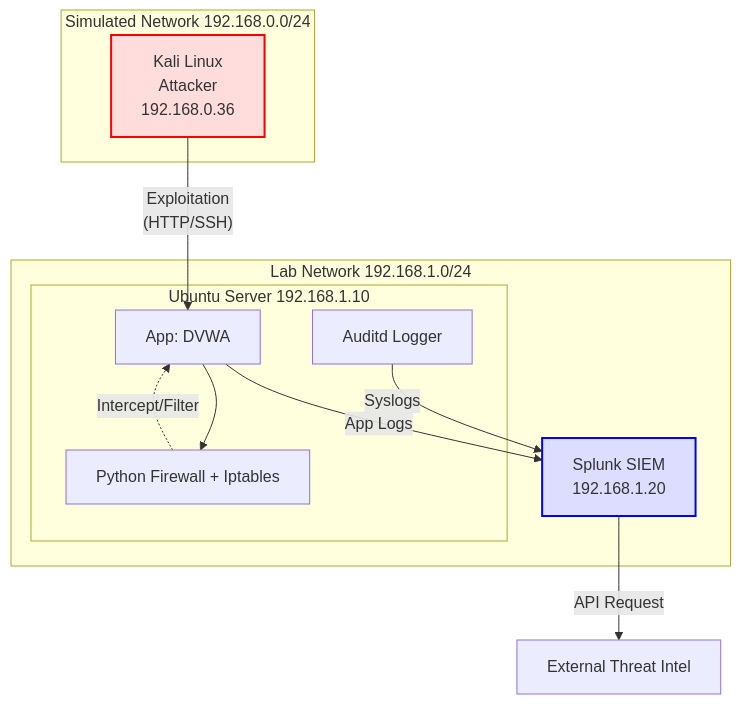
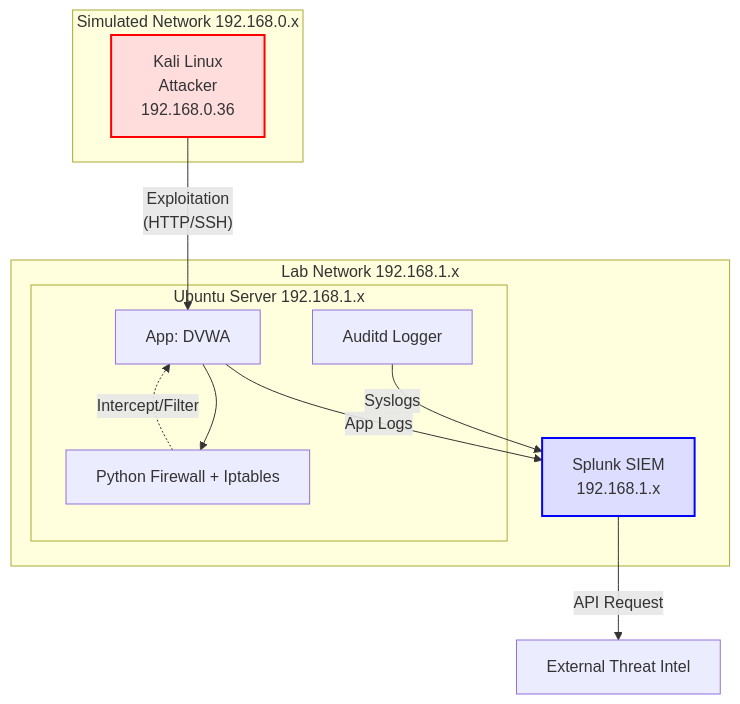
The diagram in homelab-soc/Architecture.md (TomiGuasta/SocLab-Portfolio), drawn with Mermaid before and after one commit. The commit also changed other lines of this file, not shown here.

````diff
--- a/homelab-soc/Architecture.md
+++ b/homelab-soc/Architecture.md
@@ -7,32 +7,32 @@
 ```mermaid
 graph TB
     %% Definición de Estilos
     classDef attacker fill:#fdd,stroke:#f00,stroke-width:2px;
     classDef victim fill:#dfd,stroke:#0f0,stroke-width:2px;
     classDef siem fill:#ddf,stroke:#00f,stroke-width:2px;
 
-    subgraph Internet_Zone [Simulated Network 192.168.0.0/24]
+    subgraph Internet_Zone [Simulated Network 192.168.0.x]
         KALI[Kali Linux<br/>Attacker<br/>192.168.0.36]:::attacker
     end
 
-    subgraph Defense_Lab [Lab Network 192.168.1.0/24]
-        subgraph Victim_Host [Ubuntu Server 192.168.1.10]
+    subgraph Defense_Lab [Lab Network 192.168.1.x]
+        subgraph Victim_Host [Ubuntu Server 192.168.1.x]
             DVWA[App: DVWA]
             FW[Python Firewall + Iptables]
             AUDITD[Auditd Logger]
         end
-        SPLUNK[Splunk SIEM<br/>192.168.1.20]:::siem
+        SPLUNK[Splunk SIEM<br/>192.168.1.x]:::siem
     end
 
     %% Flujos de Ataque
     KALI -- "Exploitation<br/>(HTTP/SSH)" --> DVWA
 
     %% Flujos de Defensa / Logs
     DVWA --> FW
     FW -.-> |"Intercept/Filter"| DVWA
     AUDITD --> |"Syslogs"| SPLUNK
     DVWA --> |"App Logs"| SPLUNK
 
     %% Inteligencia
     SPLUNK -- "API Request" --> THREAT[External Threat Intel]
 ```
````
